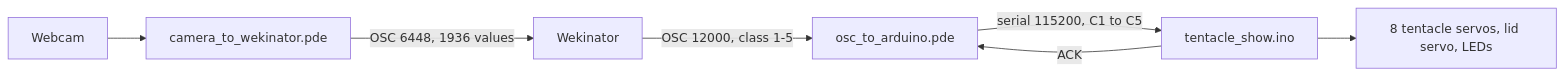
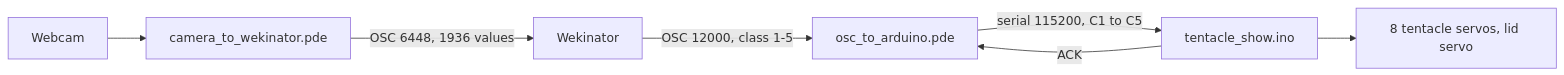
Before and after one commit to ismailk1/cps_group11: the first of 2 diagrams in README.md, drawn with Mermaid. The commit also changed other lines of this file, not shown here.

````diff
--- a/README.md
+++ b/README.md
@@ -224,9 +224,9 @@
 ```mermaid
 flowchart LR
     A[Webcam] --> B[camera_to_wekinator.pde]
     B -- "OSC 6448, 1936 values" --> C[Wekinator]
     C -- "OSC 12000, class 1-5" --> D[osc_to_arduino.pde]
     D -- "serial 115200, C1 to C5" --> E[tentacle_show.ino]
     E -- "ACK" --> D
-    E --> F[8 tentacle servos, lid servo, LEDs]
+    E --> F[8 tentacle servos, lid servo]
 ```
````
